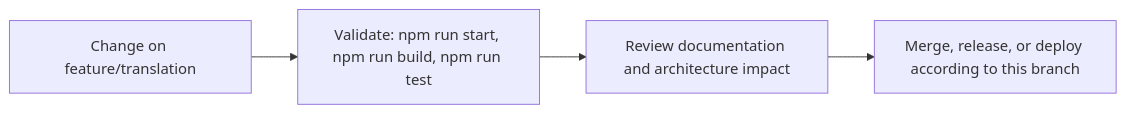
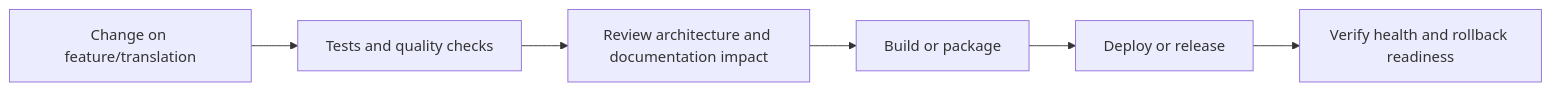
The fifth of 6 diagrams in README.md (Nischhalsubba/Pihub-Investor), drawn with Mermaid before and after one commit. The commit also changed other lines of this file, not shown here.

````diff
--- a/README.md
+++ b/README.md
@@ -63,8 +154,8 @@
 ```mermaid
 flowchart LR
-    CHANGE["Change on feature/translation"]
-    CHECK["Validate: npm run start, npm run build, npm run test"]
-    REVIEW["Review documentation and architecture impact"]
-    RELEASE["Merge, release, or deploy according to this branch"]
-    CHANGE --> CHECK --> REVIEW --> RELEASE
+    CHANGE["Change on feature/translation"] --> CHECK["Tests and quality checks"]
+    CHECK --> REVIEW["Review architecture and documentation impact"]
+    REVIEW --> BUILD["Build or package"]
+    BUILD --> DEPLOY["Deploy or release"]
+    DEPLOY --> VERIFY["Verify health and rollback readiness"]
 ```
````
